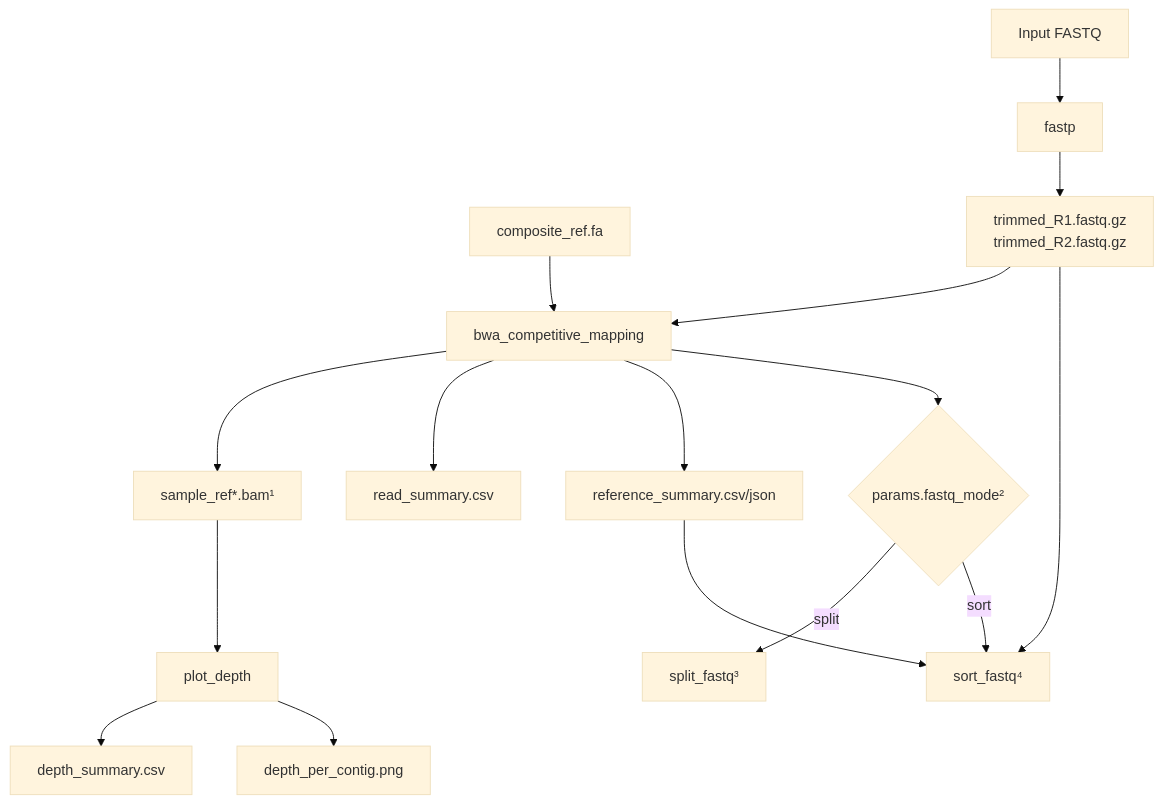
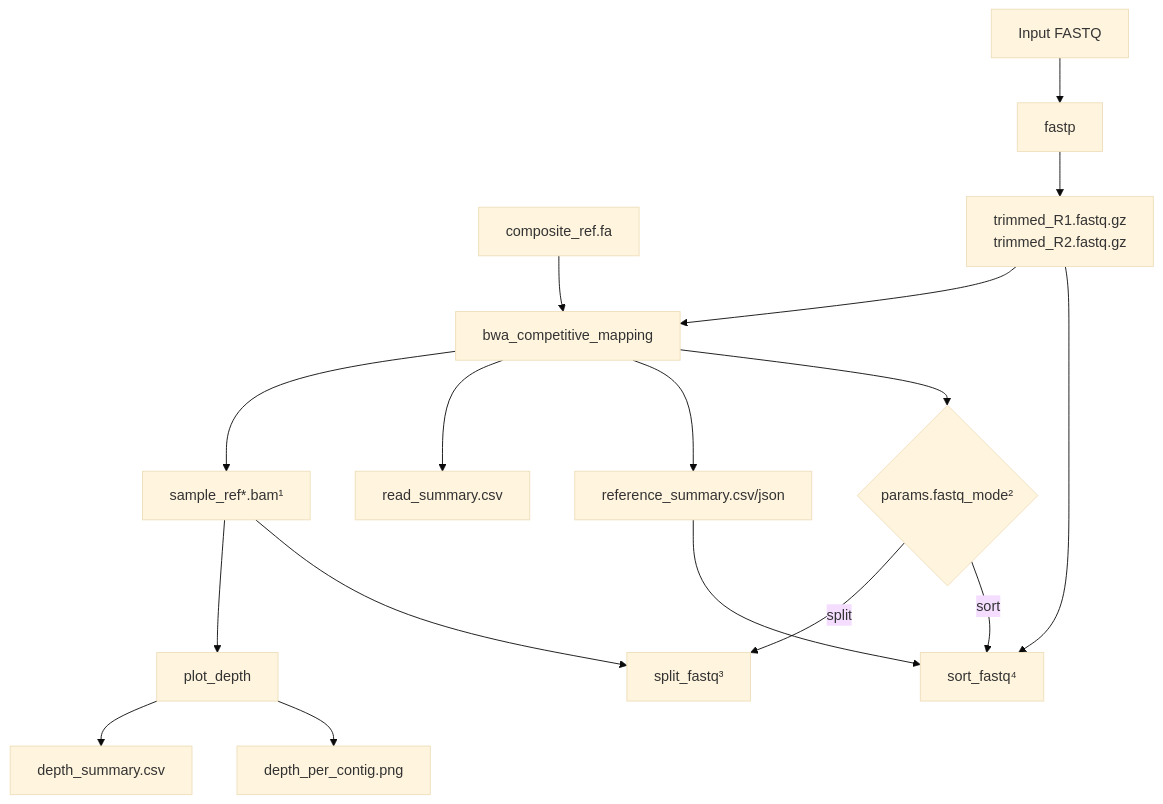
The first of 2 diagrams in README.md (BCCDC-PHL/determinator), drawn with Mermaid (base theme) before and after one commit.

Commit message:
Update output mappings in README.md

````diff
--- a/README.md
+++ b/README.md
@@ -31,48 +31,50 @@
 ```mermaid
 
 graph TD
 
 
 %% Inputs
 fastq[Input FASTQ]
 composite_ref[Composite reference FASTA]
 
 %% Main processing
 fastq --> fastp[fastp]
 fastp --> trimmed["trimmed_R1.fastq.gz<br/>trimmed_R2.fastq.gz"]
 
 trimmed --> bwa[bwa_competitive_mapping]
 composite_ref --> bwa
 
 %% Mapping outputs
 
 bwa --> split_bams["sample_ref*.bam¹"]
 bwa --> read_summary["read_summary.csv"]
 bwa --> ref_summary["reference_summary.csv/json"]
 
 %% QC branch
 split_bams --> plot[plot_depth]
 
 plot --> depth_csv["depth_summary.csv"]
 plot --> depth_png["depth_per_contig.png"]
 
 %% FASTQ routing branch
 bwa --> mode{params.fastq_mode²}
 
 mode -->|split| split_fastq["split_fastq³"]
 mode -->|sort| sort_fastq["sort_fastq⁴"]
 
 %% Split mode outputs
 
+split_bams --> split_fastq
+
 %% Sort mode outputs
 trimmed --> sort_fastq
 ref_summary --> sort_fastq
 
 
 %% Combined summaries
 
   composite_ref[composite_ref.fa]
 
 
 
 ```
````
